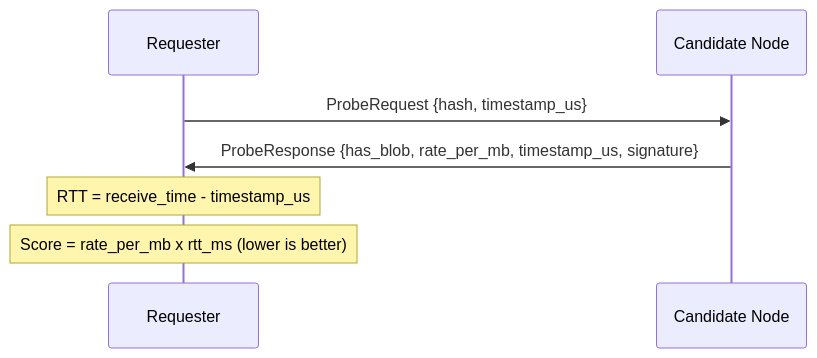
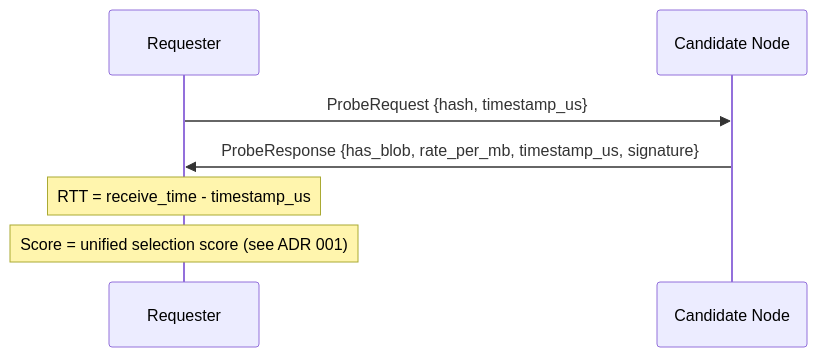
One commit to decdn/decdn changed the first of 4 diagrams in adr/005-protocol.md. Above: the diagram before and after it, drawn with Mermaid. The commit also changed other lines of this file and 12 other files, not shown here.

````diff
--- a/adr/005-protocol.md
+++ b/adr/005-protocol.md
@@ -27,11 +29,11 @@
 ```mermaid
 sequenceDiagram
     participant R as Requester
     participant C as Candidate Node
 
     R->>C: ProbeRequest {hash, timestamp_us}
     C->>R: ProbeResponse {has_blob, rate_per_mb, timestamp_us, signature}
 
     Note over R: RTT = receive_time - timestamp_us
-    Note over R: Score = rate_per_mb x rtt_ms (lower is better)
+    Note over R: Score = unified selection score (see ADR 001)
 ```
````
